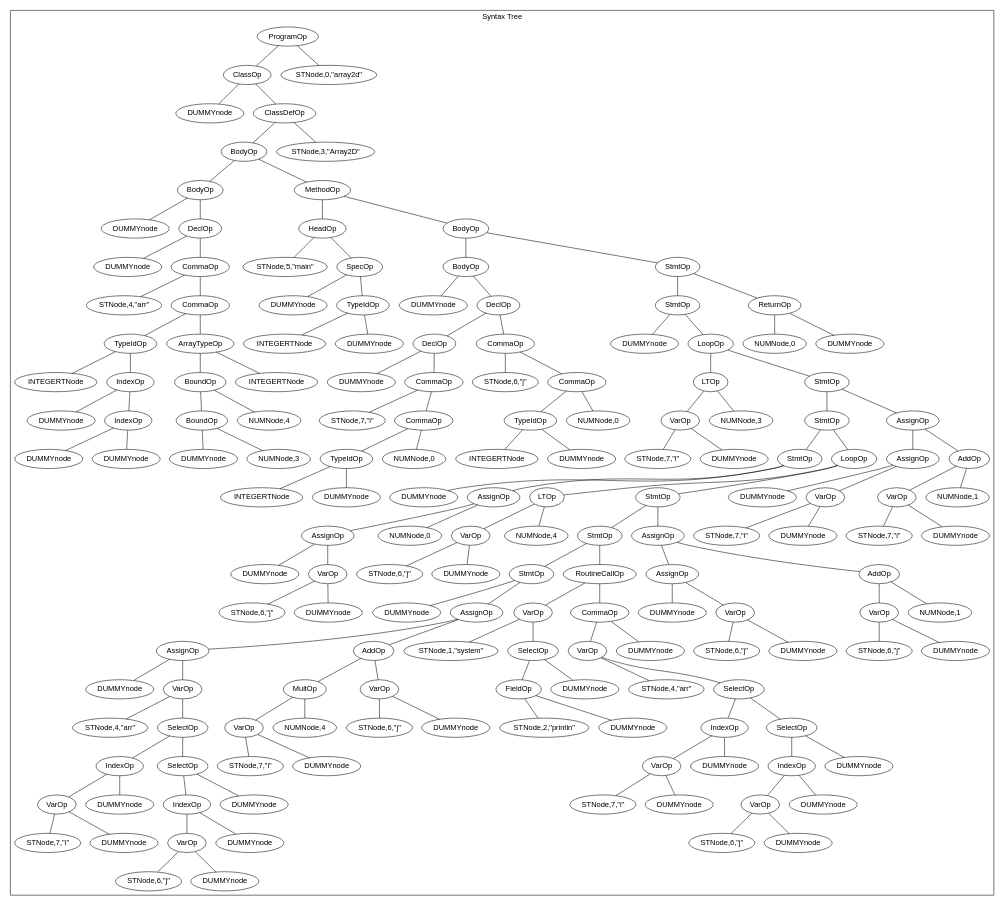
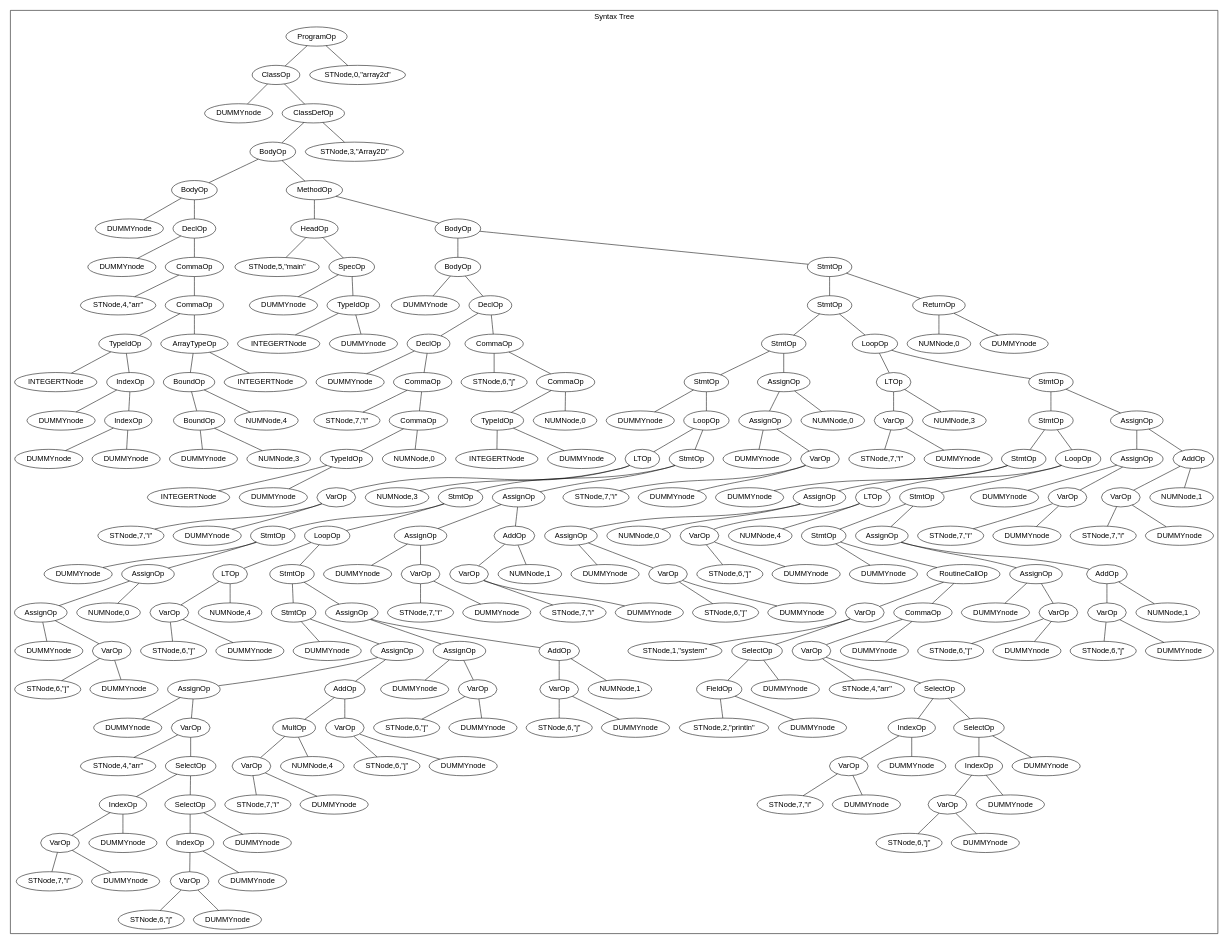
One commit to wonsunahn/CS1622_Codegen changed the diagram in asts_solution/array-2d.gv. Above: the diagram before and after it, drawn with Graphviz. The commit also changed 14 other files, not shown here.

```diff
--- a/asts_solution/array-2d.gv
+++ b/asts_solution/array-2d.gv
@@ -118,8 +118,176 @@
    n01011 -- n010111 ;
    n0101110 [label="StmtOp"] ;
    n010111 -- n0101110 ;
-   n01011100 [label="DUMMYnode"] ;
+   n01011100 [label="StmtOp"] ;
    n0101110 -- n01011100 ;
+   n010111000 [label="StmtOp"] ;
+   n01011100 -- n010111000 ;
+   n0101110000 [label="DUMMYnode"] ;
+   n010111000 -- n0101110000 ;
+   n0101110001 [label="LoopOp"] ;
+   n010111000 -- n0101110001 ;
+   n01011100010 [label="LTOp"] ;
+   n0101110001 -- n01011100010 ;
+   n010111000100 [label="VarOp"] ;
+   n01011100010 -- n010111000100 ;
+   n0101110001000 [label="STNode,7,\"i\""] ;
+   n010111000100 -- n0101110001000 ;
+   n0101110001001 [label="DUMMYnode"] ;
+   n010111000100 -- n0101110001001 ;
+   n010111000101 [label="NUMNode,3"] ;
+   n01011100010 -- n010111000101 ;
+   n01011100011 [label="StmtOp"] ;
+   n0101110001 -- n01011100011 ;
+   n010111000110 [label="StmtOp"] ;
+   n01011100011 -- n010111000110 ;
+   n0101110001100 [label="StmtOp"] ;
+   n010111000110 -- n0101110001100 ;
+   n01011100011000 [label="DUMMYnode"] ;
+   n0101110001100 -- n01011100011000 ;
+   n01011100011001 [label="AssignOp"] ;
+   n0101110001100 -- n01011100011001 ;
+   n010111000110010 [label="AssignOp"] ;
+   n01011100011001 -- n010111000110010 ;
+   n0101110001100100 [label="DUMMYnode"] ;
+   n010111000110010 -- n0101110001100100 ;
+   n0101110001100101 [label="VarOp"] ;
+   n010111000110010 -- n0101110001100101 ;
+   n01011100011001010 [label="STNode,6,\"j\""] ;
+   n0101110001100101 -- n01011100011001010 ;
+   n01011100011001011 [label="DUMMYnode"] ;
+   n0101110001100101 -- n01011100011001011 ;
+   n010111000110011 [label="NUMNode,0"] ;
+   n01011100011001 -- n010111000110011 ;
+   n0101110001101 [label="LoopOp"] ;
+   n010111000110 -- n0101110001101 ;
+   n01011100011010 [label="LTOp"] ;
+   n0101110001101 -- n01011100011010 ;
+   n010111000110100 [label="VarOp"] ;
+   n01011100011010 -- n010111000110100 ;
+   n0101110001101000 [label="STNode,6,\"j\""] ;
+   n010111000110100 -- n0101110001101000 ;
+   n0101110001101001 [label="DUMMYnode"] ;
+   n010111000110100 -- n0101110001101001 ;
+   n010111000110101 [label="NUMNode,4"] ;
+   n01011100011010 -- n010111000110101 ;
+   n01011100011011 [label="StmtOp"] ;
+   n0101110001101 -- n01011100011011 ;
+   n010111000110110 [label="StmtOp"] ;
+   n01011100011011 -- n010111000110110 ;
+   n0101110001101100 [label="DUMMYnode"] ;
+   n010111000110110 -- n0101110001101100 ;
+   n0101110001101101 [label="AssignOp"] ;
+   n010111000110110 -- n0101110001101101 ;
+   n01011100011011010 [label="AssignOp"] ;
+   n0101110001101101 -- n01011100011011010 ;
+   n010111000110110100 [label="DUMMYnode"] ;
+   n01011100011011010 -- n010111000110110100 ;
+   n010111000110110101 [label="VarOp"] ;
+   n01011100011011010 -- n010111000110110101 ;
+   n0101110001101101010 [label="STNode,4,\"arr\""] ;
+   n010111000110110101 -- n0101110001101101010 ;
+   n0101110001101101011 [label="SelectOp"] ;
+   n010111000110110101 -- n0101110001101101011 ;
+   n01011100011011010110 [label="IndexOp"] ;
+   n0101110001101101011 -- n01011100011011010110 ;
+   n010111000110110101100 [label="VarOp"] ;
+   n01011100011011010110 -- n010111000110110101100 ;
+   n0101110001101101011000 [label="STNode,7,\"i\""] ;
+   n010111000110110101100 -- n0101110001101101011000 ;
+   n0101110001101101011001 [label="DUMMYnode"] ;
+   n010111000110110101100 -- n0101110001101101011001 ;
+   n010111000110110101101 [label="DUMMYnode"] ;
+   n01011100011011010110 -- n010111000110110101101 ;
+   n01011100011011010111 [label="SelectOp"] ;
+   n0101110001101101011 -- n01011100011011010111 ;
+   n010111000110110101110 [label="IndexOp"] ;
+   n01011100011011010111 -- n010111000110110101110 ;
+   n0101110001101101011100 [label="VarOp"] ;
+   n010111000110110101110 -- n0101110001101101011100 ;
+   n01011100011011010111000 [label="STNode,6,\"j\""] ;
+   n0101110001101101011100 -- n01011100011011010111000 ;
+   n01011100011011010111001 [label="DUMMYnode"] ;
+   n0101110001101101011100 -- n01011100011011010111001 ;
+   n0101110001101101011101 [label="DUMMYnode"] ;
+   n010111000110110101110 -- n0101110001101101011101 ;
+   n010111000110110101111 [label="DUMMYnode"] ;
+   n01011100011011010111 -- n010111000110110101111 ;
+   n01011100011011011 [label="AddOp"] ;
+   n0101110001101101 -- n01011100011011011 ;
+   n010111000110110110 [label="MultOp"] ;
+   n01011100011011011 -- n010111000110110110 ;
+   n0101110001101101100 [label="VarOp"] ;
+   n010111000110110110 -- n0101110001101101100 ;
+   n01011100011011011000 [label="STNode,7,\"i\""] ;
+   n0101110001101101100 -- n01011100011011011000 ;
+   n01011100011011011001 [label="DUMMYnode"] ;
+   n0101110001101101100 -- n01011100011011011001 ;
+   n0101110001101101101 [label="NUMNode,4"] ;
+   n010111000110110110 -- n0101110001101101101 ;
+   n010111000110110111 [label="VarOp"] ;
+   n01011100011011011 -- n010111000110110111 ;
+   n0101110001101101110 [label="STNode,6,\"j\""] ;
+   n010111000110110111 -- n0101110001101101110 ;
+   n0101110001101101111 [label="DUMMYnode"] ;
+   n010111000110110111 -- n0101110001101101111 ;
+   n010111000110111 [label="AssignOp"] ;
+   n01011100011011 -- n010111000110111 ;
+   n0101110001101110 [label="AssignOp"] ;
+   n010111000110111 -- n0101110001101110 ;
+   n01011100011011100 [label="DUMMYnode"] ;
+   n0101110001101110 -- n01011100011011100 ;
+   n01011100011011101 [label="VarOp"] ;
+   n0101110001101110 -- n01011100011011101 ;
+   n010111000110111010 [label="STNode,6,\"j\""] ;
+   n01011100011011101 -- n010111000110111010 ;
+   n010111000110111011 [label="DUMMYnode"] ;
+   n01011100011011101 -- n010111000110111011 ;
+   n0101110001101111 [label="AddOp"] ;
+   n010111000110111 -- n0101110001101111 ;
+   n01011100011011110 [label="VarOp"] ;
+   n0101110001101111 -- n01011100011011110 ;
+   n010111000110111100 [label="STNode,6,\"j\""] ;
+   n01011100011011110 -- n010111000110111100 ;
+   n010111000110111101 [label="DUMMYnode"] ;
+   n01011100011011110 -- n010111000110111101 ;
+   n01011100011011111 [label="NUMNode,1"] ;
+   n0101110001101111 -- n01011100011011111 ;
+   n010111000111 [label="AssignOp"] ;
+   n01011100011 -- n010111000111 ;
+   n0101110001110 [label="AssignOp"] ;
+   n010111000111 -- n0101110001110 ;
+   n01011100011100 [label="DUMMYnode"] ;
+   n0101110001110 -- n01011100011100 ;
+   n01011100011101 [label="VarOp"] ;
+   n0101110001110 -- n01011100011101 ;
+   n010111000111010 [label="STNode,7,\"i\""] ;
+   n01011100011101 -- n010111000111010 ;
+   n010111000111011 [label="DUMMYnode"] ;
+   n01011100011101 -- n010111000111011 ;
+   n0101110001111 [label="AddOp"] ;
+   n010111000111 -- n0101110001111 ;
+   n01011100011110 [label="VarOp"] ;
+   n0101110001111 -- n01011100011110 ;
+   n010111000111100 [label="STNode,7,\"i\""] ;
+   n01011100011110 -- n010111000111100 ;
+   n010111000111101 [label="DUMMYnode"] ;
+   n01011100011110 -- n010111000111101 ;
+   n01011100011111 [label="NUMNode,1"] ;
+   n0101110001111 -- n01011100011111 ;
+   n010111001 [label="AssignOp"] ;
+   n01011100 -- n010111001 ;
+   n0101110010 [label="AssignOp"] ;
+   n010111001 -- n0101110010 ;
+   n01011100100 [label="DUMMYnode"] ;
+   n0101110010 -- n01011100100 ;
+   n01011100101 [label="VarOp"] ;
+   n0101110010 -- n01011100101 ;
+   n010111001010 [label="STNode,7,\"i\""] ;
+   n01011100101 -- n010111001010 ;
+   n010111001011 [label="DUMMYnode"] ;
+   n01011100101 -- n010111001011 ;
+   n0101110011 [label="NUMNode,0"] ;
+   n010111001 -- n0101110011 ;
    n01011101 [label="LoopOp"] ;
    n0101110 -- n01011101 ;
    n010111010 [label="LTOp"] ;
@@ -170,64 +338,8 @@
    n01011101101 -- n010111011011 ;
    n0101110110110 [label="StmtOp"] ;
    n010111011011 -- n0101110110110 ;
-   n01011101101100 [label="StmtOp"] ;
+   n01011101101100 [label="DUMMYnode"] ;
    n0101110110110 -- n01011101101100 ;
-   n010111011011000 [label="DUMMYnode"] ;
-   n01011101101100 -- n010111011011000 ;
-   n010111011011001 [label="AssignOp"] ;
-   n01011101101100 -- n010111011011001 ;
-   n0101110110110010 [label="AssignOp"] ;
-   n010111011011001 -- n0101110110110010 ;
-   n01011101101100100 [label="DUMMYnode"] ;
-   n0101110110110010 -- n01011101101100100 ;
-   n01011101101100101 [label="VarOp"] ;
-   n0101110110110010 -- n01011101101100101 ;
-   n010111011011001010 [label="STNode,4,\"arr\""] ;
-   n01011101101100101 -- n010111011011001010 ;
-   n010111011011001011 [label="SelectOp"] ;
-   n01011101101100101 -- n010111011011001011 ;
-   n0101110110110010110 [label="IndexOp"] ;
-   n010111011011001011 -- n0101110110110010110 ;
-   n01011101101100101100 [label="VarOp"] ;
-   n0101110110110010110 -- n01011101101100101100 ;
-   n010111011011001011000 [label="STNode,7,\"i\""] ;
-   n01011101101100101100 -- n010111011011001011000 ;
-   n010111011011001011001 [label="DUMMYnode"] ;
-   n01011101101100101100 -- n010111011011001011001 ;
-   n01011101101100101101 [label="DUMMYnode"] ;
-   n0101110110110010110 -- n01011101101100101101 ;
-   n0101110110110010111 [label="SelectOp"] ;
-   n010111011011001011 -- n0101110110110010111 ;
-   n01011101101100101110 [label="IndexOp"] ;
-   n0101110110110010111 -- n01011101101100101110 ;
-   n010111011011001011100 [label="VarOp"] ;
-   n01011101101100101110 -- n010111011011001011100 ;
-   n0101110110110010111000 [label="STNode,6,\"j\""] ;
-   n010111011011001011100 -- n0101110110110010111000 ;
-   n0101110110110010111001 [label="DUMMYnode"] ;
-   n010111011011001011100 -- n0101110110110010111001 ;
-   n010111011011001011101 [label="DUMMYnode"] ;
-   n01011101101100101110 -- n010111011011001011101 ;
-   n01011101101100101111 [label="DUMMYnode"] ;
-   n0101110110110010111 -- n01011101101100101111 ;
-   n0101110110110011 [label="AddOp"] ;
-   n010111011011001 -- n0101110110110011 ;
-   n01011101101100110 [label="MultOp"] ;
-   n0101110110110011 -- n01011101101100110 ;
-   n010111011011001100 [label="VarOp"] ;
-   n01011101101100110 -- n010111011011001100 ;
-   n0101110110110011000 [label="STNode,7,\"i\""] ;
-   n010111011011001100 -- n0101110110110011000 ;
-   n0101110110110011001 [label="DUMMYnode"] ;
-   n010111011011001100 -- n0101110110110011001 ;
-   n010111011011001101 [label="NUMNode,4"] ;
-   n01011101101100110 -- n010111011011001101 ;
-   n01011101101100111 [label="VarOp"] ;
-   n0101110110110011 -- n01011101101100111 ;
-   n010111011011001110 [label="STNode,6,\"j\""] ;
-   n01011101101100111 -- n010111011011001110 ;
-   n010111011011001111 [label="DUMMYnode"] ;
-   n01011101101100111 -- n010111011011001111 ;
    n01011101101101 [label="RoutineCallOp"] ;
    n0101110110110 -- n01011101101101 ;
    n010111011011010 [label="VarOp"] ;
```
